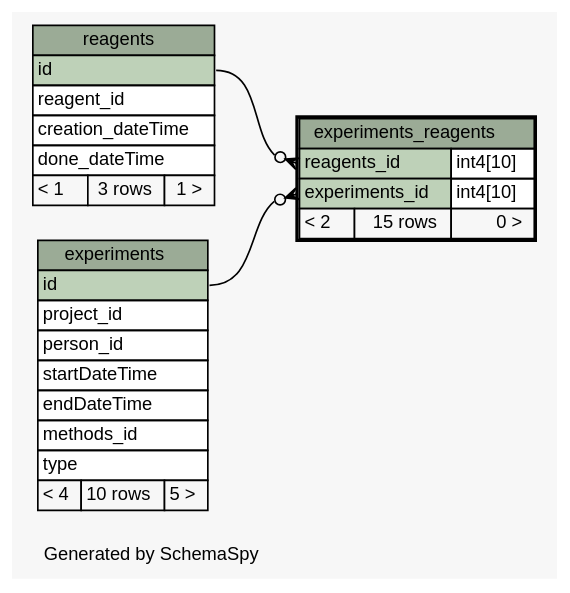
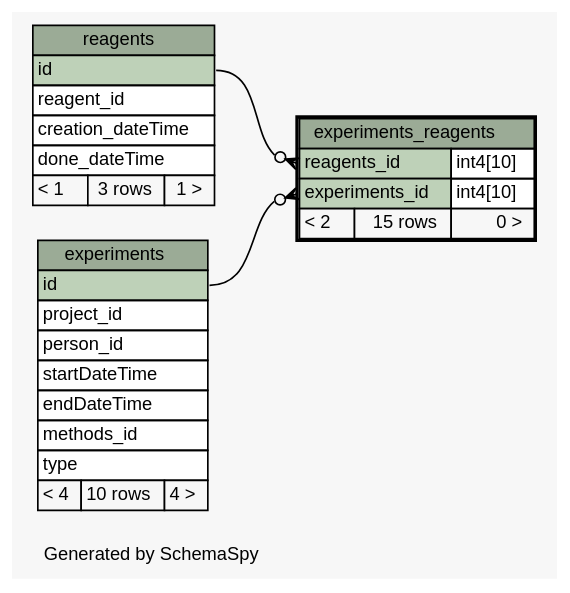
Before and after one commit to tgbugs/mlab: the diagram in database/ss/diagrams/experiments_reagents.1degree.dot, drawn with Graphviz. The commit also changed 167 other files, not shown here.

```diff
--- a/database/ss/diagrams/experiments_reagents.1degree.dot
+++ b/database/ss/diagrams/experiments_reagents.1degree.dot
@@ -1,64 +1,64 @@
 // dot 2.34.0 on Windows 7 6.1
 // SchemaSpy rev 590
 digraph "oneDegreeRelationshipsDiagram" {
   graph [
     rankdir="RL"
     bgcolor="#f7f7f7"
     label="\nGenerated by SchemaSpy"
     labeljust="l"
     nodesep="0.18"
     ranksep="0.46"
     fontname="Helvetica"
     fontsize="11"
   ];
   node [
     fontname="Helvetica"
     fontsize="11"
     shape="plaintext"
   ];
   edge [
     arrowsize="0.8"
   ];
   "experiments_reagents":"experiments_id":w -> "experiments":"id":e [arrowhead=none dir=back arrowtail=crowodot];
   "experiments_reagents":"reagents_id":w -> "reagents":"id":e [arrowhead=none dir=back arrowtail=crowodot];
   "experiments" [
     label=<
     <TABLE BORDER="0" CELLBORDER="1" CELLSPACING="0" BGCOLOR="#ffffff">
       <TR><TD COLSPAN="3" BGCOLOR="#9bab96" ALIGN="CENTER">experiments</TD></TR>
       <TR><TD PORT="id" COLSPAN="3" BGCOLOR="#bed1b8" ALIGN="LEFT">id</TD></TR>
       <TR><TD PORT="project_id" COLSPAN="3" ALIGN="LEFT">project_id</TD></TR>
       <TR><TD PORT="person_id" COLSPAN="3" ALIGN="LEFT">person_id</TD></TR>
       <TR><TD PORT="startDateTime" COLSPAN="3" ALIGN="LEFT">startDateTime</TD></TR>
       <TR><TD PORT="endDateTime" COLSPAN="3" ALIGN="LEFT">endDateTime</TD></TR>
       <TR><TD PORT="methods_id" COLSPAN="3" ALIGN="LEFT">methods_id</TD></TR>
       <TR><TD PORT="type" COLSPAN="3" ALIGN="LEFT">type</TD></TR>
-      <TR><TD ALIGN="LEFT" BGCOLOR="#f7f7f7">&lt; 4</TD><TD ALIGN="RIGHT" BGCOLOR="#f7f7f7">10 rows</TD><TD ALIGN="RIGHT" BGCOLOR="#f7f7f7">5 &gt;</TD></TR>
+      <TR><TD ALIGN="LEFT" BGCOLOR="#f7f7f7">&lt; 4</TD><TD ALIGN="RIGHT" BGCOLOR="#f7f7f7">10 rows</TD><TD ALIGN="RIGHT" BGCOLOR="#f7f7f7">4 &gt;</TD></TR>
     </TABLE>>
     URL="experiments.html"
     tooltip="experiments"
   ];
   "experiments_reagents" [
     label=<
     <TABLE BORDER="2" CELLBORDER="1" CELLSPACING="0" BGCOLOR="#ffffff">
       <TR><TD COLSPAN="3" BGCOLOR="#9bab96" ALIGN="CENTER">experiments_reagents</TD></TR>
       <TR><TD PORT="reagents_id" COLSPAN="2" BGCOLOR="#bed1b8" ALIGN="LEFT">reagents_id</TD><TD PORT="reagents_id.type" ALIGN="LEFT">int4[10]</TD></TR>
       <TR><TD PORT="experiments_id" COLSPAN="2" BGCOLOR="#bed1b8" ALIGN="LEFT">experiments_id</TD><TD PORT="experiments_id.type" ALIGN="LEFT">int4[10]</TD></TR>
       <TR><TD ALIGN="LEFT" BGCOLOR="#f7f7f7">&lt; 2</TD><TD ALIGN="RIGHT" BGCOLOR="#f7f7f7">15 rows</TD><TD ALIGN="RIGHT" BGCOLOR="#f7f7f7">0 &gt;</TD></TR>
     </TABLE>>
     URL="experiments_reagents.html"
     tooltip="experiments_reagents"
   ];
   "reagents" [
     label=<
     <TABLE BORDER="0" CELLBORDER="1" CELLSPACING="0" BGCOLOR="#ffffff">
       <TR><TD COLSPAN="3" BGCOLOR="#9bab96" ALIGN="CENTER">reagents</TD></TR>
       <TR><TD PORT="id" COLSPAN="3" BGCOLOR="#bed1b8" ALIGN="LEFT">id</TD></TR>
       <TR><TD PORT="reagent_id" COLSPAN="3" ALIGN="LEFT">reagent_id</TD></TR>
       <TR><TD PORT="creation_dateTime" COLSPAN="3" ALIGN="LEFT">creation_dateTime</TD></TR>
       <TR><TD PORT="done_dateTime" COLSPAN="3" ALIGN="LEFT">done_dateTime</TD></TR>
       <TR><TD ALIGN="LEFT" BGCOLOR="#f7f7f7">&lt; 1</TD><TD ALIGN="RIGHT" BGCOLOR="#f7f7f7">3 rows</TD><TD ALIGN="RIGHT" BGCOLOR="#f7f7f7">1 &gt;</TD></TR>
     </TABLE>>
     URL="reagents.html"
     tooltip="reagents"
   ];
 }
```
